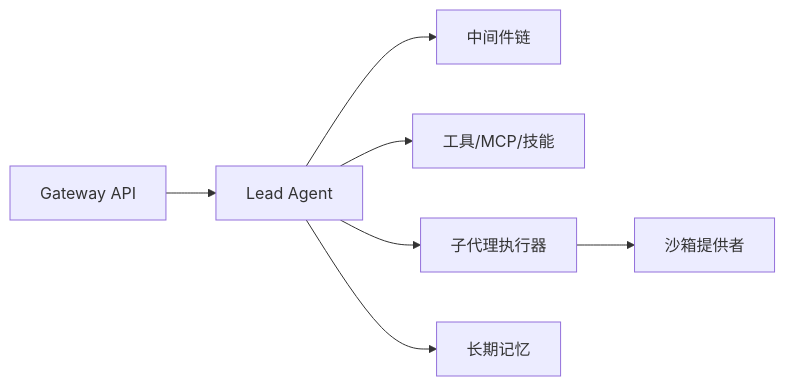
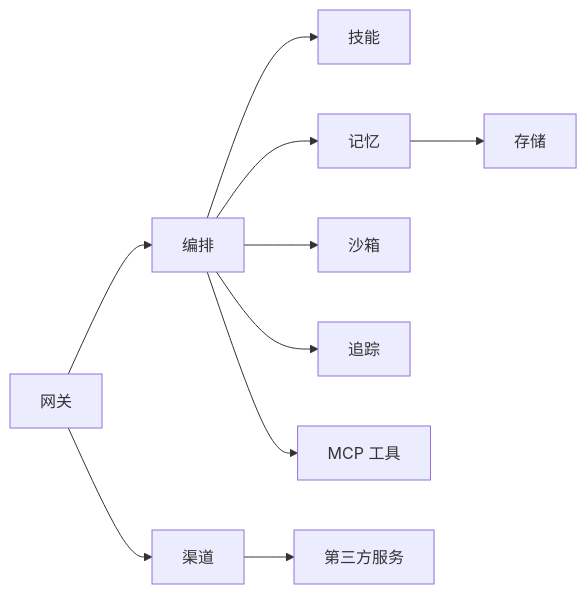
The eighth of 8 diagrams in .qoder/repowiki/zh/content/项目概述/项目介绍.md (xfbyxq/deer-flow), drawn with Mermaid before and after one commit. The commit also changed other lines of this file and 621 other files, not shown here.

````diff
--- a/.qoder/repowiki/zh/content/项目概述/项目介绍.md
+++ b/.qoder/repowiki/zh/content/项目概述/项目介绍.md
@@ -278,9 +334,12 @@
 ```mermaid
 graph LR
-Gateway["Gateway API"] --> Lead["Lead Agent"]
-Lead --> MW["中间件链"]
-Lead --> Tools["工具/MCP/技能"]
-Lead --> Sub["子代理执行器"]
-Sub --> Sandbox["沙箱提供者"]
-Lead --> Memory["长期记忆"]
+GW["网关"] --> AG["编排"]
+GW --> CH["渠道"]
+AG --> SK["技能"]
+AG --> ME["记忆"]
+AG --> SB["沙箱"]
+AG --> TR["追踪"]
+CH --> EXT["第三方服务"]
+AG --> MCP["MCP 工具"]
+ME --> DB["存储"]
 ```
````
